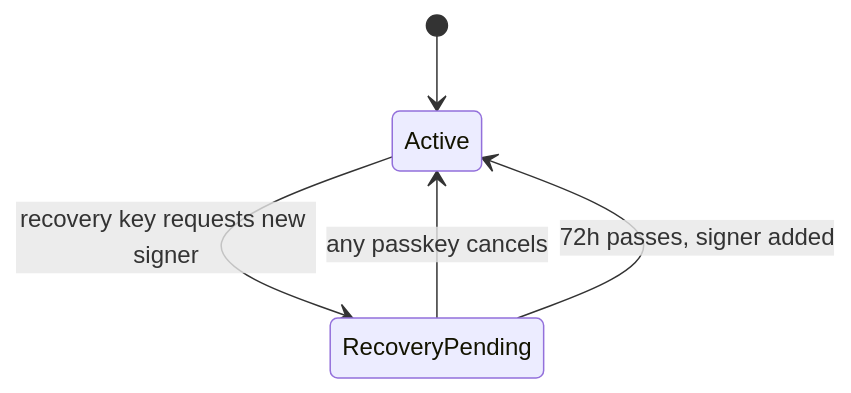
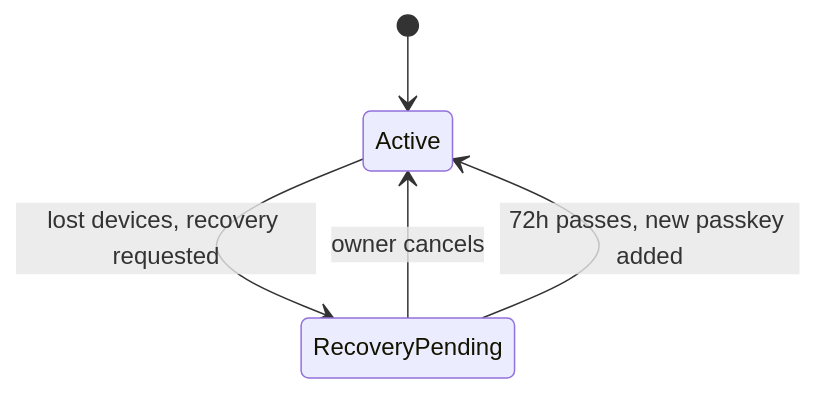
The sixth of 6 diagrams in Architecture.md (Rift-FI/Documents), drawn with Mermaid before and after one commit. The commit also changed other lines of this file, not shown here.

````diff
--- a/Architecture.md
+++ b/Architecture.md
@@ -191,7 +176,7 @@
 ```mermaid
 stateDiagram-v2
   [*] --> Active
-  Active --> RecoveryPending: recovery key requests new signer
-  RecoveryPending --> Active: any passkey cancels
-  RecoveryPending --> Active: 72h passes, signer added
+  Active --> RecoveryPending: lost devices, recovery requested
+  RecoveryPending --> Active: owner cancels
+  RecoveryPending --> Active: 72h passes, new passkey added
 ```
````
